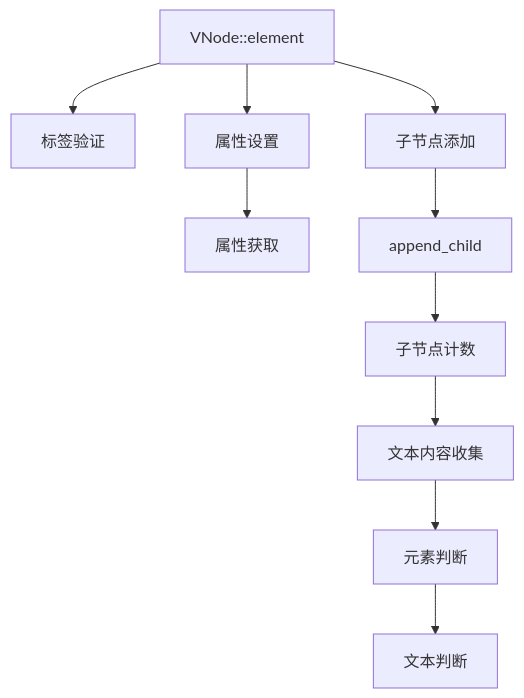
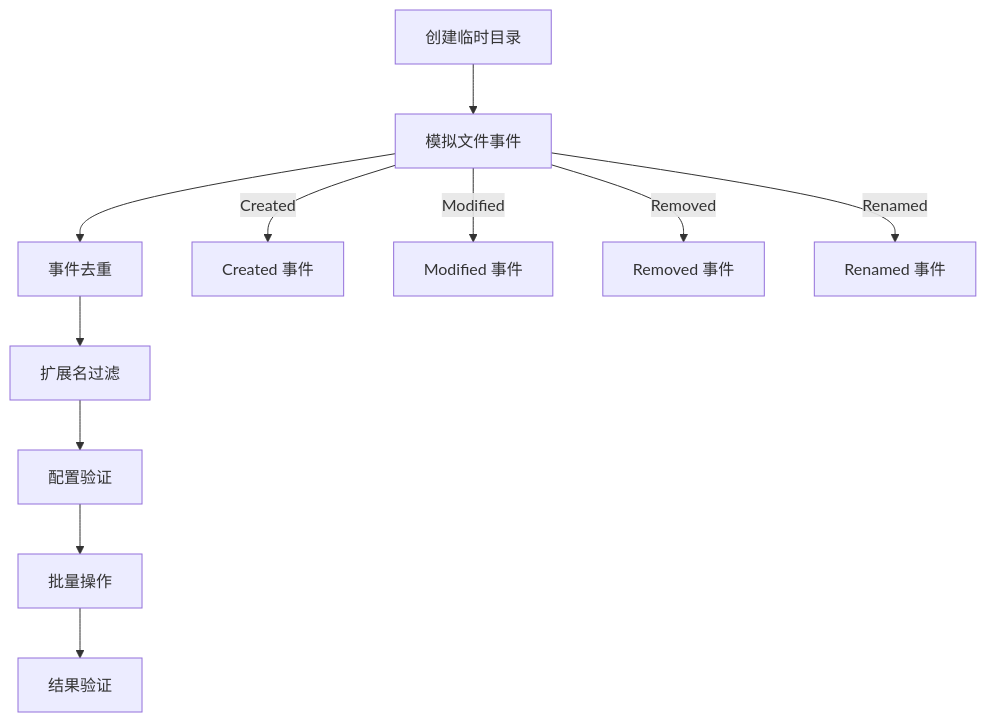
One commit to itszzl-sudo/iris changed the fifth of 8 diagrams in .qoder/repowiki/zh/content/核心功能特性/工程化与商业化能力/测试框架与基础设施/测试框架与基础设施.md. Above: the diagram before and after it, drawn with Mermaid. The commit also changed other lines of this file and 4 other files, not shown here.

````diff
--- a/.qoder/repowiki/zh/content/核心功能特性/工程化与商业化能力/测试框架与基础设施/测试框架与基础设施.md
+++ b/.qoder/repowiki/zh/content/核心功能特性/工程化与商业化能力/测试框架与基础设施/测试框架与基础设施.md
@@ -438,12 +195,13 @@
 ```mermaid
 flowchart TD
-Create[VNode::element] --> Tag[标签验证]
-Create --> Attr[属性设置]
-Create --> Child[子节点添加]
-Attr --> GetAttr[属性获取]
-Child --> Append[append_child]
-Append --> ChildCount[子节点计数]
-ChildCount --> CollectText[文本内容收集]
-CollectText --> IsElement[元素判断]
-IsElement --> IsText[文本判断]
+CREATE[创建临时目录] --> EVENTS[模拟文件事件]
+EVENTS --> DUPE[事件去重]
+DUPE --> FILTER[扩展名过滤]
+FILTER --> CONFIG[配置验证]
+CONFIG --> BATCH[批量操作]
+BATCH --> RESULT[结果验证]
+EVENTS --> |Created| CREATED[Created 事件]
+EVENTS --> |Modified| MODIFIED[Modified 事件]
+EVENTS --> |Removed| REMOVED[Removed 事件]
+EVENTS --> |Renamed| RENAMED[Renamed 事件]
 ```
````
